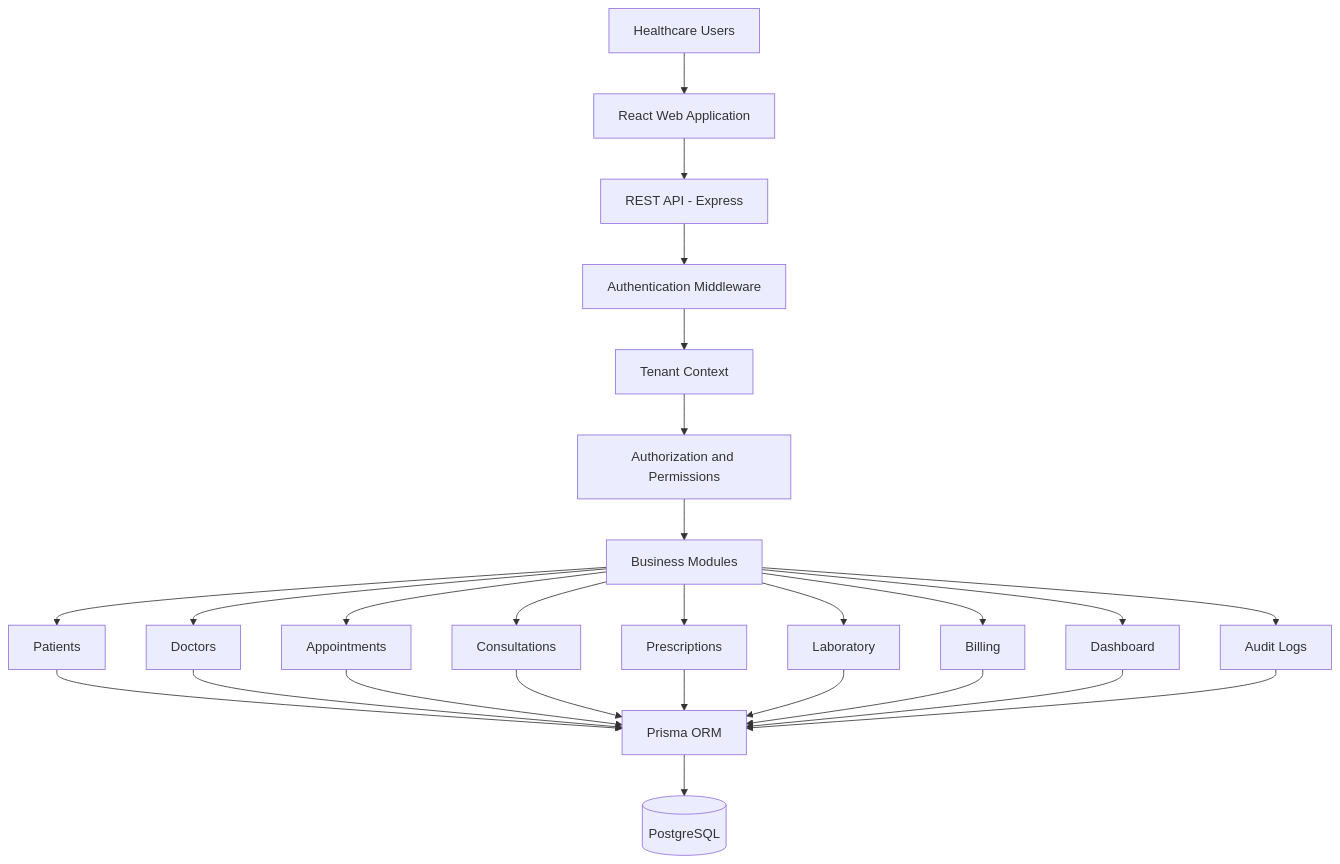
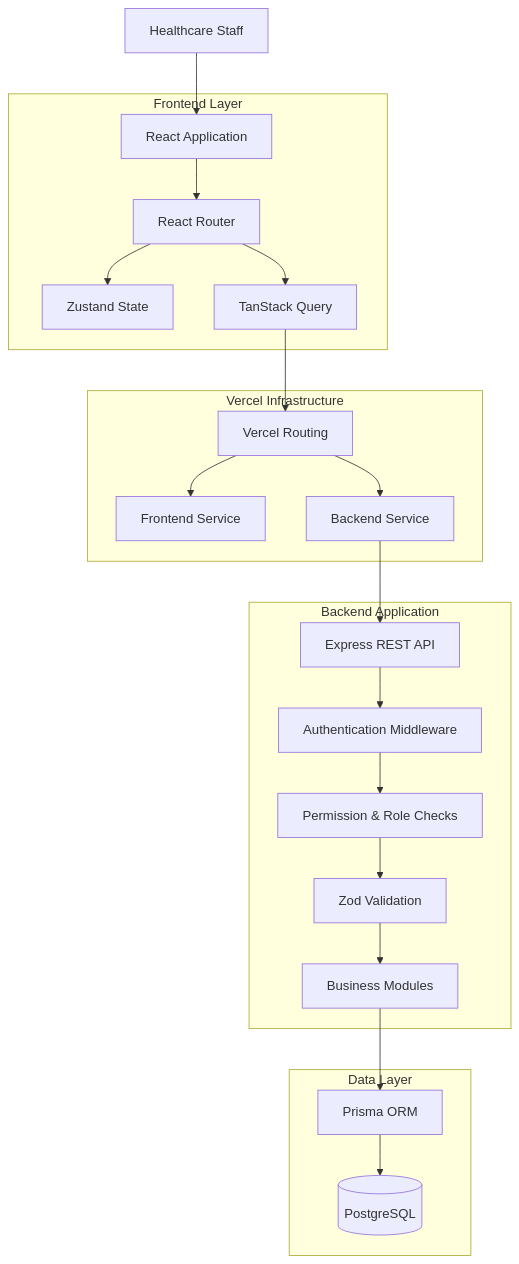
Before and after one commit to ASAD1960/MediCore: the first of 12 diagrams in README.md, drawn with Mermaid. The commit also changed other lines of this file, not shown here.

````diff
--- a/README.md
+++ b/README.md
@@ -626,34 +99,44 @@
 ```mermaid
 flowchart TB
-    U[Healthcare Users] --> UI[React Web Application]
+    U["Healthcare Staff"]
+    subgraph FRONTEND["Frontend Layer"]
+        UI["React Application"]
+        ROUTER["React Router"]
+        STATE["Zustand State"]
+        QUERY["TanStack Query"]
+    end
 
-    UI --> API[REST API - Express]
+    subgraph INFRA["Vercel Infrastructure"]
+        VR["Vercel Routing"]
+        FE["Frontend Service"]
+        BE["Backend Service"]
+    end
 
-    API --> AUTH[Authentication Middleware]
-    AUTH --> TENANT[Tenant Context]
-    TENANT --> RBAC[Authorization and Permissions]
+    subgraph BACKEND["Backend Application"]
+        API["Express REST API"]
+        AUTH["Authentication Middleware"]
+        RBAC["Permission & Role Checks"]
+        MODULES["Business Modules"]
+        VALIDATION["Zod Validation"]
+    end
 
-    RBAC --> MODULES[Business Modules]
+    subgraph DATA["Data Layer"]
+        ORM["Prisma ORM"]
+        DB[("PostgreSQL")]
+    end
 
-    MODULES --> PAT[Patients]
-    MODULES --> DOC[Doctors]
-    MODULES --> APP[Appointments]
-    MODULES --> CON[Consultations]
-    MODULES --> PRE[Prescriptions]
-    MODULES --> LAB[Laboratory]
-    MODULES --> BILL[Billing]
-    MODULES --> DASH[Dashboard]
-    MODULES --> AUD[Audit Logs]
-
-    PAT --> ORM[Prisma ORM]
-    DOC --> ORM
-    APP --> ORM
-    CON --> ORM
-    PRE --> ORM
-    LAB --> ORM
-    BILL --> ORM
-    DASH --> ORM
-    AUD --> ORM
-
-    ORM --> DB[(PostgreSQL)]
+    U --> UI
+    UI --> ROUTER
+    ROUTER --> STATE
+    ROUTER --> QUERY
+    QUERY --> VR
+    VR --> FE
+    VR --> BE
+    BE --> API
+    API --> AUTH
+    AUTH --> RBAC
+    RBAC --> VALIDATION
+    VALIDATION --> MODULES
+    MODULES --> ORM
+    ORM --> DB
 ```
````
